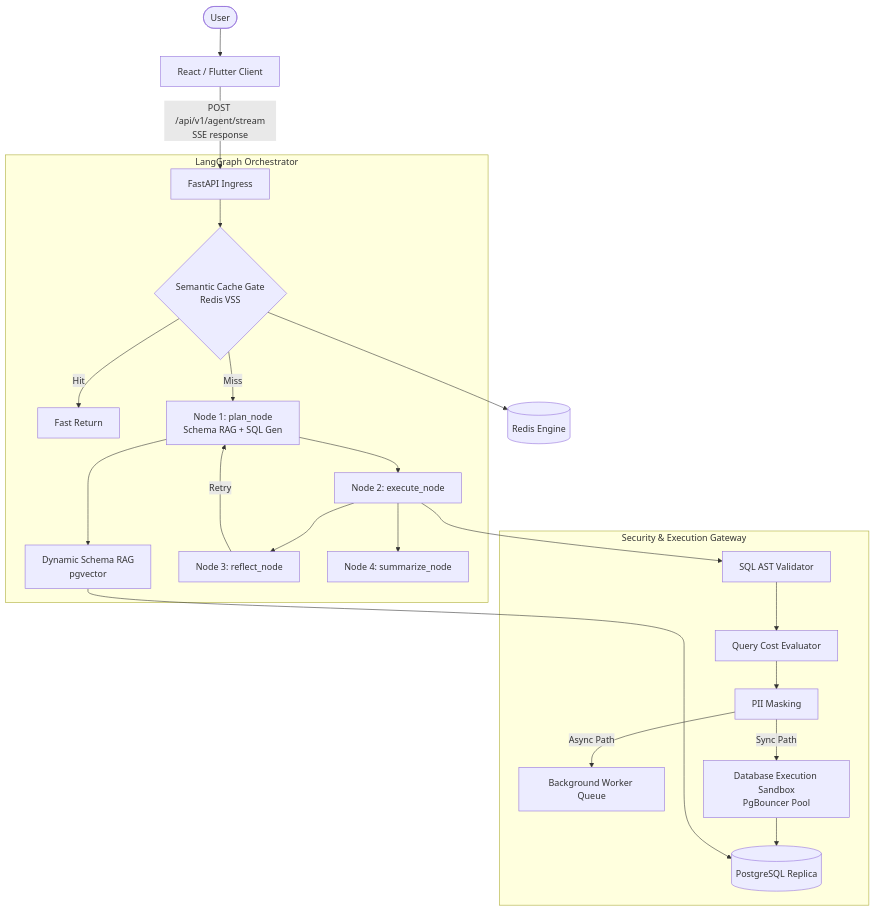
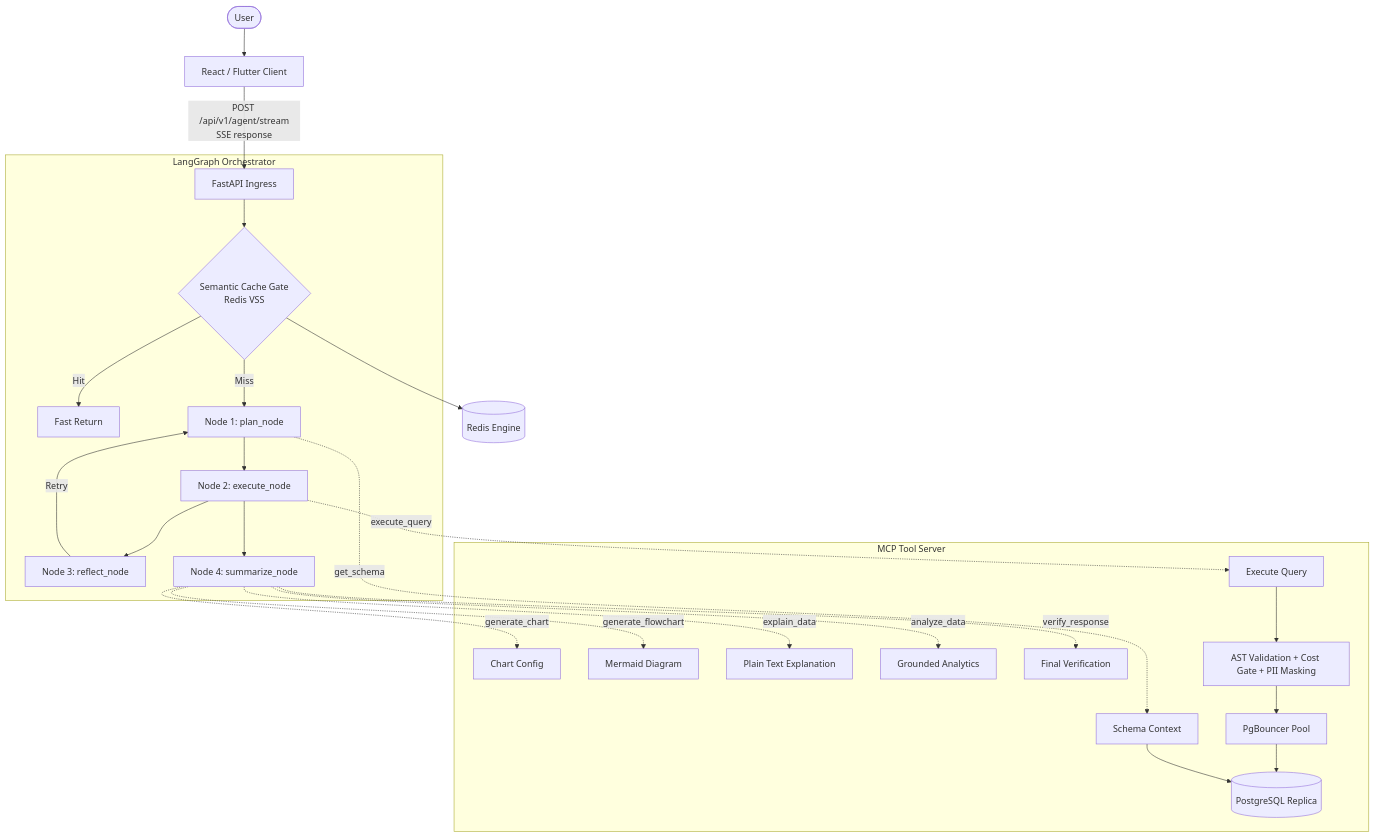
Before and after one commit to BarathDevLab/WonderDB-Agent: the diagram in docs/High-Level System Architecture.md, drawn with Mermaid. The commit also changed 2 other files, not shown here.

Commit message:
feat: Update architecture diagrams and enhance FastMCP tool server details

````diff
--- a/docs/High-Level System Architecture.md
+++ b/docs/High-Level System Architecture.md
@@ -7,30 +7,32 @@
 ```mermaid
 flowchart TD
     User([User]) --> UI[React / Flutter Client]
     UI -->|POST /api/v1/agent/stream<br/>SSE response| API[FastAPI Ingress]
 
     subgraph LangGraph Orchestrator
         API --> CacheGate{Semantic Cache Gate<br/>Redis VSS}
         CacheGate -->|Hit| FastReturn[Fast Return]
-        CacheGate -->|Miss| Plan[Node 1: plan_node<br/>Schema RAG + SQL Gen]
-        Plan --> SchemaRAG[Dynamic Schema RAG<br/>pgvector]
+        CacheGate -->|Miss| Plan[Node 1: plan_node]
         Plan --> Execute[Node 2: execute_node]
         Execute --> Reflect[Node 3: reflect_node]
         Reflect -->|Retry| Plan
         Execute --> Summarize[Node 4: summarize_node]
     end
 
-    subgraph Security & Execution Gateway
-        Execute --> AST[SQL AST Validator]
-        AST --> CostGate[Query Cost Evaluator]
-        CostGate --> PII[PII Masking]
+    subgraph FastMCP [MCP Tool Server]
+        Plan -.->|get_schema| MCPSchema[Schema Context]
+        Execute -.->|execute_query| MCPExec[Execute Query]
+        Summarize -.->|generate_chart| MCPChart[Chart Config]
+        Summarize -.->|generate_flowchart| MCPFlow[Mermaid Diagram]
+        Summarize -.->|explain_data| MCPExplain[Plain Text Explanation]
+        Summarize -.->|analyze_data| MCPAnalyze[Grounded Analytics]
+        Summarize -.->|verify_response| MCPVerify[Final Verification]
         
-        PII -->|Async Path| WorkerQueue[Background Worker Queue]
-        PII -->|Sync Path| Sandbox[Database Execution Sandbox<br/>PgBouncer Pool]
-        
+        MCPExec --> Guardrails[AST Validation + Cost Gate + PII Masking]
+        Guardrails --> Sandbox[PgBouncer Pool]
         Sandbox --> Postgres[(PostgreSQL Replica)]
+        MCPSchema --> Postgres
     end
     
     CacheGate --> Redis[(Redis Engine)]
-    SchemaRAG --> Postgres
 ```
````
